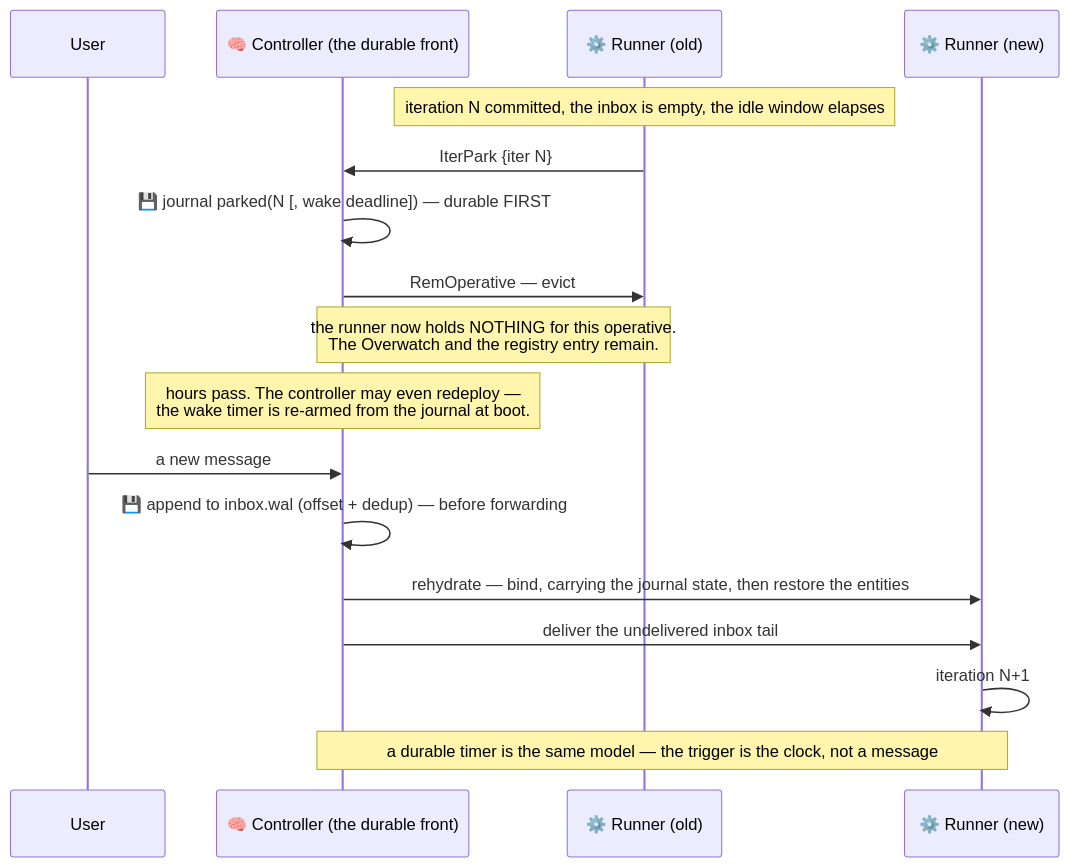
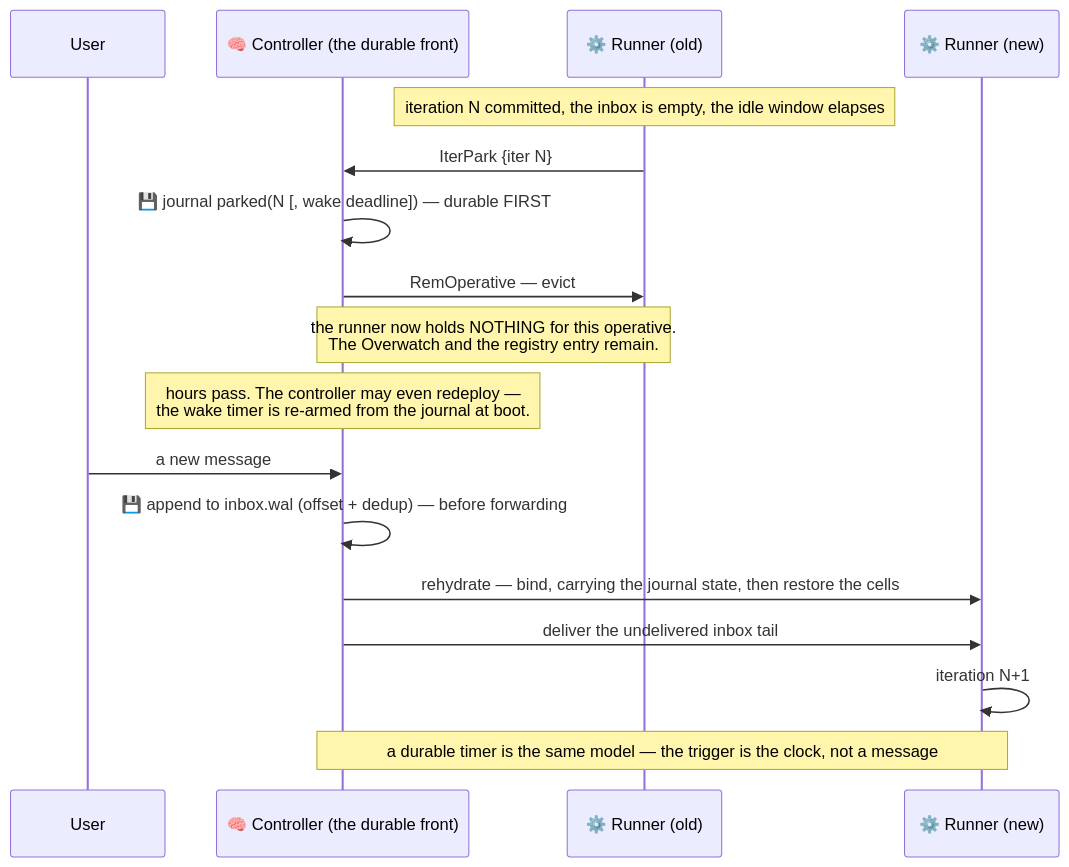
Before and after one commit to Flezha/flezha: the seventh of 8 diagrams in docs/architecture/workflow_profile.md, drawn with Mermaid. The commit also changed other lines of this file and 604 other files, not shown here.

````diff
--- a/docs/architecture/workflow_profile.md
+++ b/docs/architecture/workflow_profile.md
@@ -329,22 +329,22 @@
 ```mermaid
 sequenceDiagram
     participant USER as User
     participant CTRL as 🧠 Controller (the durable front)
     participant EX1 as ⚙️ Runner (old)
     participant EX2 as ⚙️ Runner (new)
 
     Note over EX1: iteration N committed, the inbox is empty, the idle window elapses
     EX1->>CTRL: IterPark {iter N}
     CTRL->>CTRL: 💾 journal parked(N [, wake deadline]) — durable FIRST
     CTRL->>EX1: RemOperative — evict
     Note over CTRL,EX1: the runner now holds NOTHING for this operative.<br/>The Overwatch and the registry entry remain.
 
     Note over CTRL: hours pass. The controller may even redeploy —<br/>the wake timer is re-armed from the journal at boot.
 
     USER->>CTRL: a new message
     CTRL->>CTRL: 💾 append to inbox.wal (offset + dedup) — before forwarding
-    CTRL->>EX2: rehydrate — bind, carrying the journal state, then restore the entities
+    CTRL->>EX2: rehydrate — bind, carrying the journal state, then restore the cells
     CTRL->>EX2: deliver the undelivered inbox tail
     EX2->>EX2: iteration N+1
     Note over CTRL,EX2: a durable timer is the same model — the trigger is the clock, not a message
 ```
````
